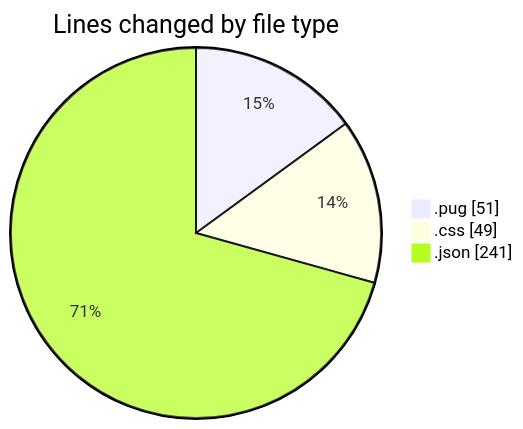
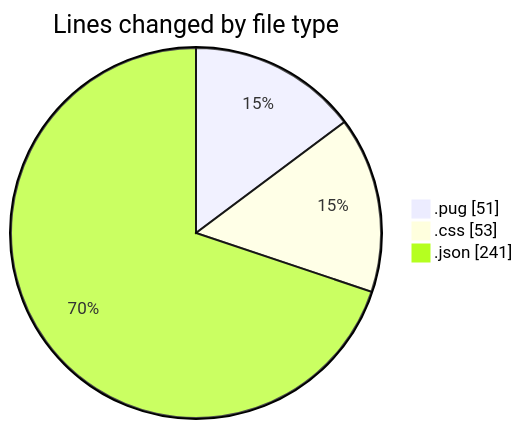
Before and after one commit to momahboobian/code-tracking: the first of 2 diagrams in 2025-11-06/cda/README.md, drawn with Mermaid. The commit also changed other lines of this file and 1 other file, not shown here.

````diff
--- a/2025-11-06/cda/README.md
+++ b/2025-11-06/cda/README.md
@@ -23,7 +23,7 @@
 ```mermaid
 pie showData
 title Lines changed by file type
 ".pug" : 51
-".css" : 49
+".css" : 53
 ".json" : 241
 ```
````
